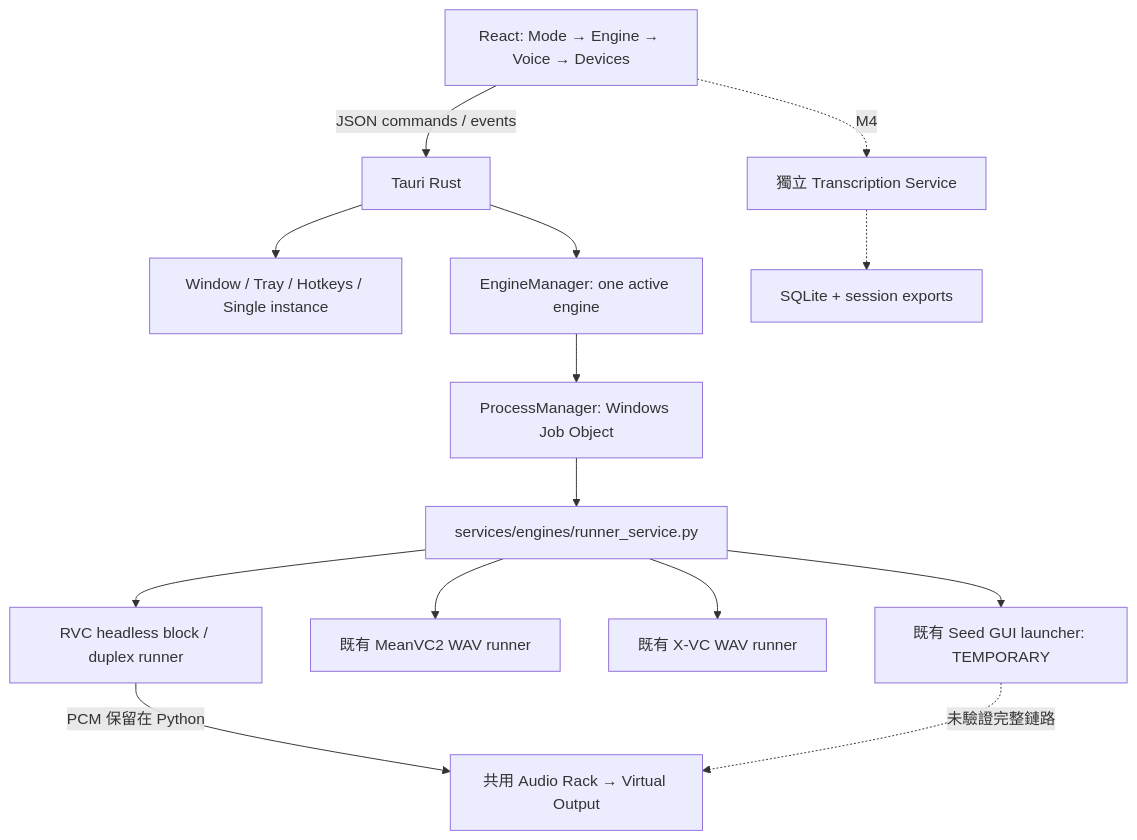
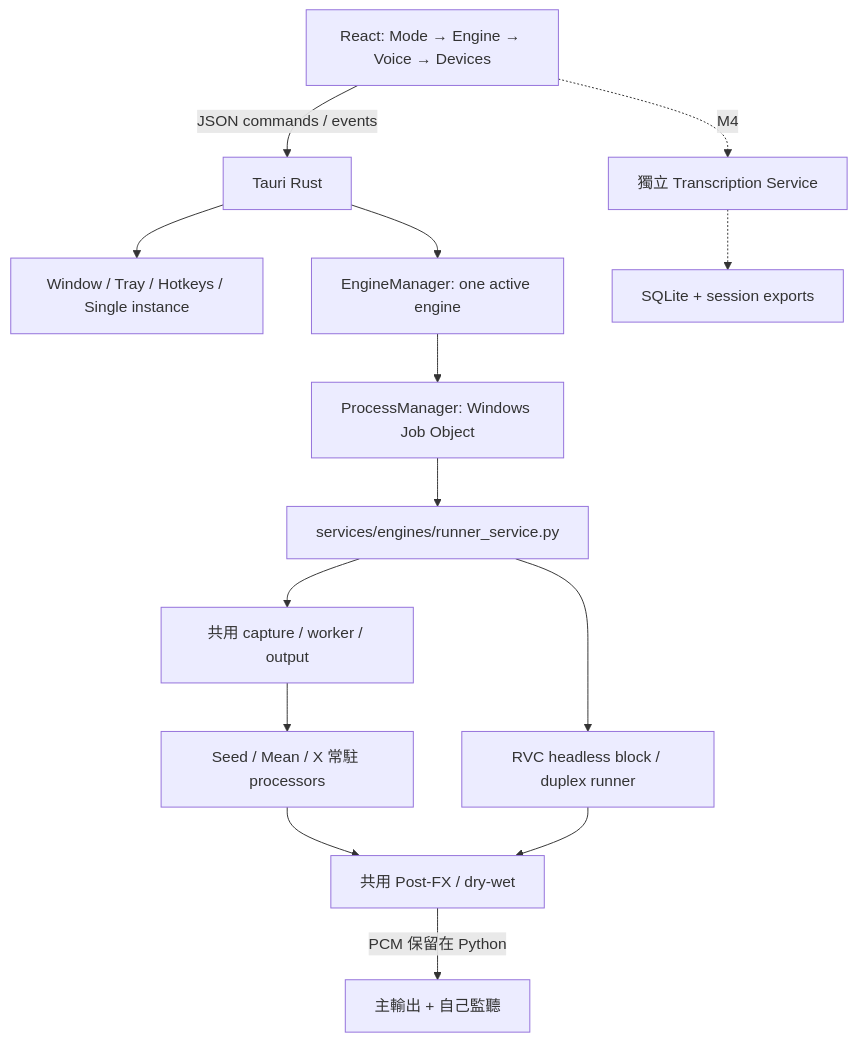
Before and after one commit to jellyfish00001/AetherTune: the diagram in docs/specs/app-architecture.md, drawn with Mermaid. The commit also changed other lines of this file and 38 other files, not shown here.

````diff
--- a/docs/specs/app-architecture.md
+++ b/docs/specs/app-architecture.md
@@ -5,16 +5,16 @@
 ```mermaid
 flowchart TB
   UI[React: Mode → Engine → Voice → Devices] -->|JSON commands / events| T[Tauri Rust]
   T --> W[Window / Tray / Hotkeys / Single instance]
   T --> EM[EngineManager: one active engine]
   EM --> PM[ProcessManager: Windows Job Object]
   PM --> B[services/engines/runner_service.py]
-  B --> S[既有 Seed GUI launcher: TEMPORARY]
-  B --> M[既有 MeanVC2 WAV runner]
-  B --> X[既有 X-VC WAV runner]
+  B --> C[共用 capture / worker / output]
+  C --> P[Seed / Mean / X 常駐 processors]
+  P --> F[共用 Post-FX / dry-wet]
   B --> V[RVC headless block / duplex runner]
-  V -->|PCM 保留在 Python| R[共用 Audio Rack → Virtual Output]
+  V --> F
+  F -->|PCM 保留在 Python| R[主輸出 + 自己監聽]
   UI -. M4 .-> STT[獨立 Transcription Service]
   STT -.-> DB[SQLite + session exports]
-  S -. 未驗證完整鏈路 .-> R
 ```
````
